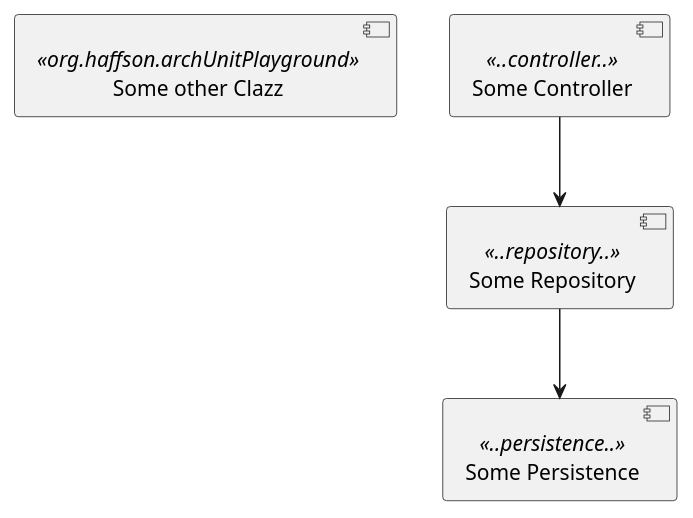
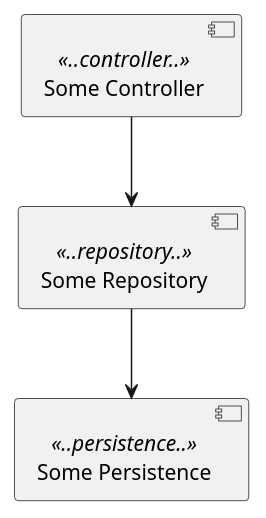
One commit to mfbieber/ArchUnit-Playground changed the diagram in src/main/resources/haffsons-architecture.puml. Above: the diagram before and after it, drawn with PlantUML.

Commit message:
Clean up

```diff
--- a/src/main/resources/haffsons-architecture.puml
+++ b/src/main/resources/haffsons-architecture.puml
@@ -1,11 +1,10 @@
 @startuml
-[Some other Clazz] <<org.haffson.archUnitPlayground>>
 [Some Controller] <<..controller..>>
 [Some Repository] <<..repository..>>
 [Some Persistence] <<..persistence..>>
 
 
 [Some Controller] --> [Some Repository]
 
 [Some Repository] --> [Some Persistence]
 @enduml
```
